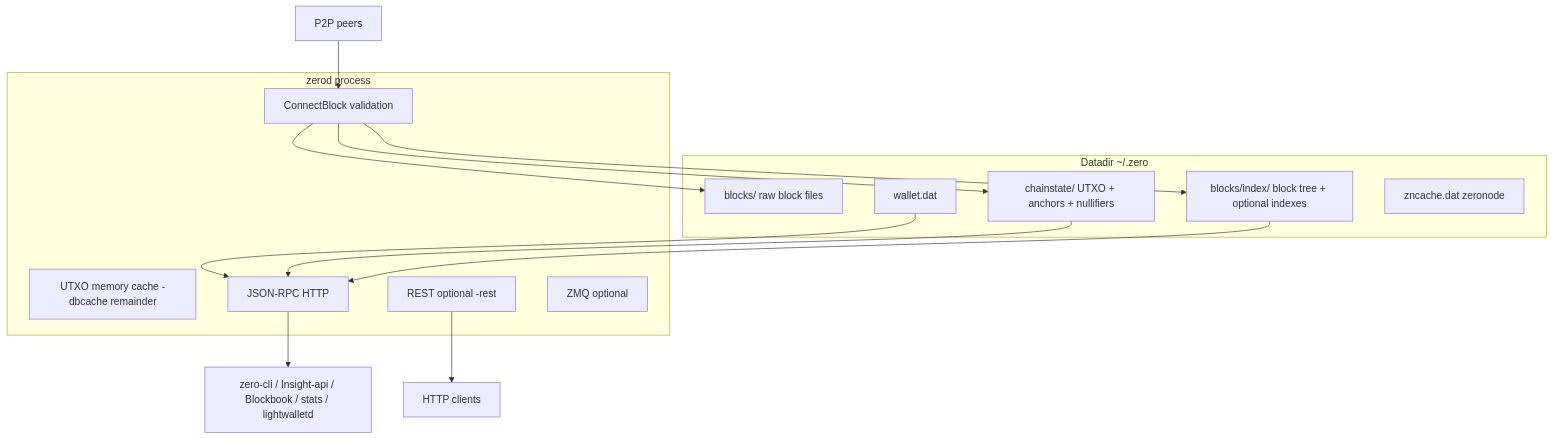
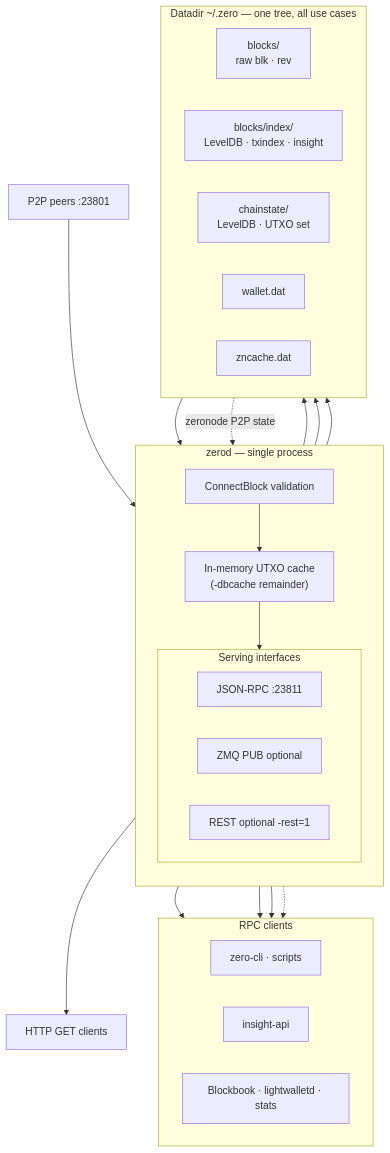
The first of 5 diagrams in ZeroStruct.md (zerocurrencycoin/Zero), drawn with Mermaid before and after one commit. The commit also changed other lines of this file and 5 other files, not shown here.

````diff
--- a/ZeroStruct.md
+++ b/ZeroStruct.md
@@ -28,26 +43,45 @@
 ```mermaid
 flowchart TB
-  subgraph disk ["Datadir ~/.zero"]
-    blocks["blocks/ raw block files"]
-    bindex["blocks/index/ block tree + optional indexes"]
-    chain["chainstate/ UTXO + anchors + nullifiers"]
+  P2P["P2P peers :23801"] --> val
+
+  subgraph zerod ["zerod — single process"]
+    direction TB
+    val["ConnectBlock validation"]
+    mem["In-memory UTXO cache<br/>(-dbcache remainder)"]
+    subgraph ifaces ["Serving interfaces"]
+      direction LR
+      rpc["JSON-RPC :23811"]
+      zmq["ZMQ PUB optional"]
+      rest["REST optional -rest=1"]
+    end
+    val --> mem --> rpc
+  end
+
+  subgraph datadir ["Datadir ~/.zero — one tree, all use cases"]
+    direction LR
+    blocks["blocks/<br/>raw blk · rev"]
+    index["blocks/index/<br/>LevelDB · txindex · insight"]
+    chain["chainstate/<br/>LevelDB · UTXO set"]
     wallet["wallet.dat"]
-    zncache["zncache.dat zeronode"]
+    zncache["zncache.dat"]
   end
-  subgraph process ["zerod process"]
-    val["ConnectBlock validation"]
-    mem["UTXO memory cache -dbcache remainder"]
-    rpc["JSON-RPC HTTP"]
-    rest["REST optional -rest"]
-    zmq["ZMQ optional"]
+
+  val --> blocks
+  val --> index
+  val --> chain
+  wallet --> rpc
+  zncache -.->|"zeronode P2P state"| val
+
+  subgraph clients ["RPC clients"]
+    direction LR
+    cli["zero-cli · scripts"]
+    ins["insight-api"]
+    bb["Blockbook · lightwalletd · stats"]
   end
-  P2P["P2P peers"] --> val
-  val --> chain
-  val --> bindex
-  val --> blocks
-  wallet --> rpc
-  chain --> rpc
-  bindex --> rpc
-  rpc --> clients["zero-cli / Insight-api / Blockbook / stats / lightwalletd"]
-  rest --> http["HTTP clients"]
+
+  rpc --> cli
+  rpc --> ins
+  rpc --> bb
+  zmq -.-> ins
+  rest --> http["HTTP GET clients"]
 ```
````
